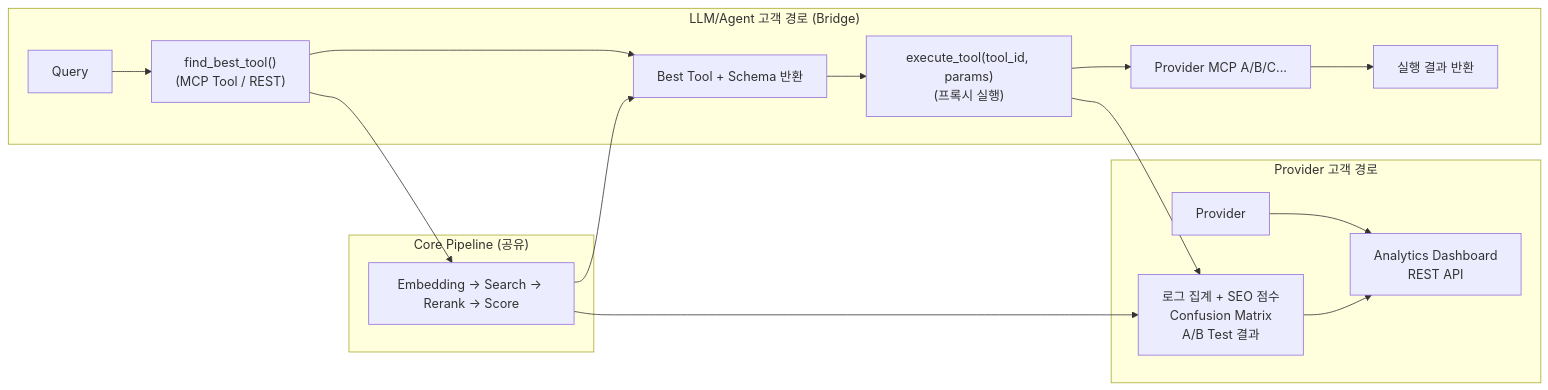
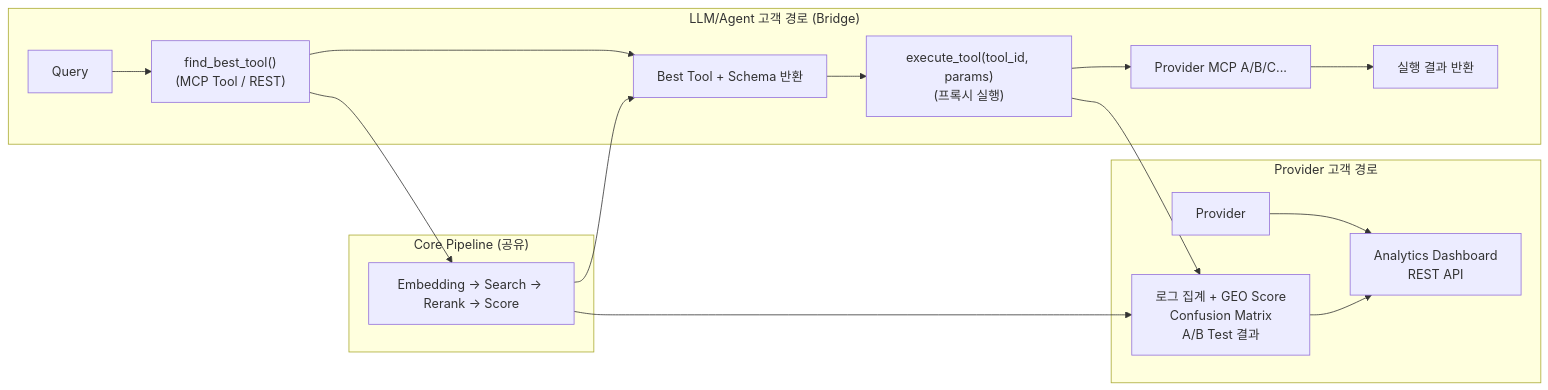
Before and after one commit to eajnoeyeel/didactic-octo-telegram: the first of 7 diagrams in docs/design/architecture-diagrams.md, drawn with Mermaid. The commit also changed other lines of this file and 13 other files, not shown here.

First line of the commit message:
docs: rename SEO Score → GEO Score, unify to 6-dimension definition

````diff
--- a/docs/design/architecture-diagrams.md
+++ b/docs/design/architecture-diagrams.md
@@ -10,24 +10,24 @@
 ```mermaid
 graph LR
     subgraph LLM["LLM/Agent 고객 경로 (Bridge)"]
         Q[Query] --> FBT["find_best_tool()<br/>(MCP Tool / REST)"]
         FBT --> RES[Best Tool + Schema 반환]
         RES --> ET["execute_tool(tool_id, params)<br/>(프록시 실행)"]
         ET --> PROV_MCP["Provider MCP A/B/C..."]
         PROV_MCP --> RESULT[실행 결과 반환]
     end
 
     subgraph Provider["Provider 고객 경로"]
         P[Provider] --> DASH[Analytics Dashboard<br/>REST API]
-        LOG[로그 집계 + SEO 점수<br/>Confusion Matrix<br/>A/B Test 결과] --> DASH
+        LOG[로그 집계 + GEO Score<br/>Confusion Matrix<br/>A/B Test 결과] --> DASH
     end
 
     subgraph Core["Core Pipeline (공유)"]
         PIPE[Embedding → Search → Rerank → Score]
     end
 
     FBT --> PIPE
     PIPE --> RES
     ET --> LOG
     PIPE --> LOG
 ```
````
